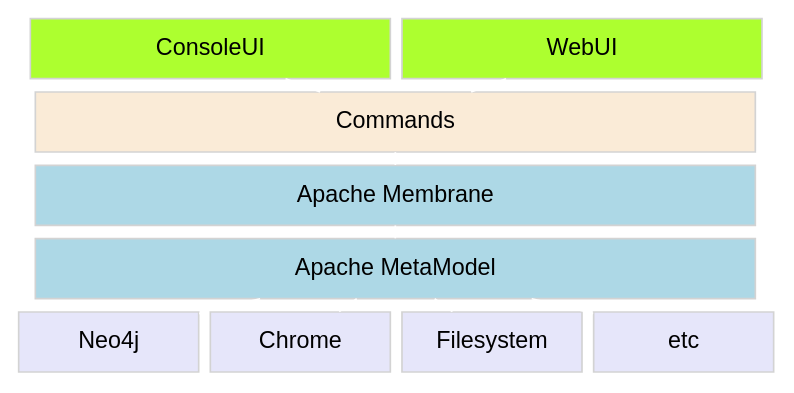
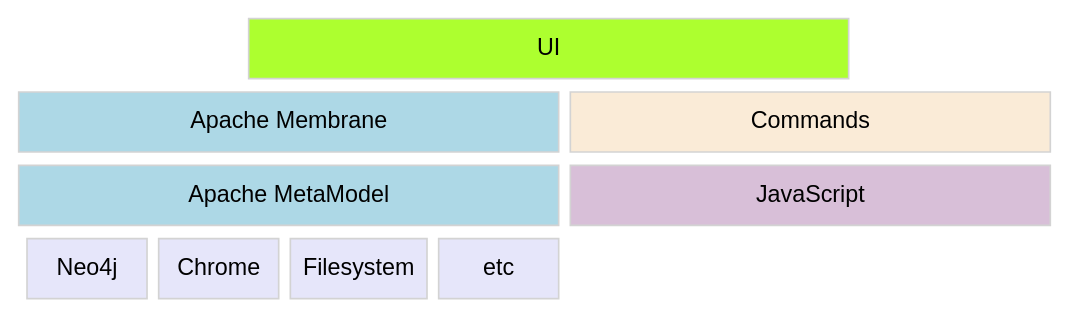
One commit to bburns/neomem changed the diagram in docs/layers.dot. Above: the diagram before and after it, drawn with Graphviz. The commit also changed 2 other files, not shown here.

```diff
--- a/docs/layers.dot
+++ b/docs/layers.dot
@@ -1,35 +1,41 @@
 graph layers {
 
+  //-------------------------------------------------------------------------
   // styles
+  //-------------------------------------------------------------------------
   rankdir=TB; // top to bottom
   nodesep=0.1;
   ranksep=0.1;
-  node [ shape=box, color=lightgray, fillcolor=lightblue, style=filled, fontname=Arial, width=6, height=0.5 ]; // default
-  edge [ color=white, fontcolor=white ]; // default
+  node [ shape=box, color=lightgray, fillcolor=lightblue, style=filled, fontname=Arial, width=6, height=0.5 ];
+  edge [ style=invis ];
 
+  //-------------------------------------------------------------------------
   // nodes
-  consoleui [ label="ConsoleUI", fillcolor=greenyellow, width=3 ];
-  webui [ label="WebUI", fillcolor=greenyellow, width=3 ];
-  commands [ label="Commands", fillcolor=antiquewhite ];
-  // cache [ label="Cache" ];
-  // sql [ label="?" ];
-  membrane [ label="Apache Membrane" ];
-  metamodel [ label="Apache MetaModel" ];
-  neo4j [ label="Neo4j", fillcolor=lavender, width=1.5 ];
-  bookmarks [ label="Chrome", fillcolor=lavender, width=1.5 ];
-  filesys [ label="Filesystem", fillcolor=lavender, width=1.5 ];
-  etc [ label="etc", fillcolor=lavender, width=1.5 ];
+  //-------------------------------------------------------------------------
+  ui [ label="UI", fillcolor=greenyellow, width=5 ];
+  membrane [ label="Apache Membrane", width=4.5 ];
+  metamodel [ label="Apache MetaModel", width=4.5 ];
+  neo4j [ label="Neo4j", fillcolor=lavender, width=1 ];
+  bookmarks [ label="Chrome", fillcolor=lavender, width=1 ];
+  filesys [ label="Filesystem", fillcolor=lavender, width=1 ];
+  etc [ label="etc", fillcolor=lavender, width=1 ];
+  commands [ label="Commands", fillcolor=antiquewhite, width=4 ];
+  language [ label="JavaScript", fillcolor=thistle, width=4 ];
 
+  //-------------------------------------------------------------------------
   // edges
-  consoleui -- commands;
-  webui -- commands;
-  // commands -- cache;
-  // cache -- sql;
-  // sql -- membrane;
-  commands -- membrane;
+  //-------------------------------------------------------------------------
+  ui -- commands;
+  commands -- language;
+  ui -- membrane;
   membrane -- metamodel;
   metamodel -- neo4j;
   metamodel -- bookmarks;
   metamodel -- filesys;
   metamodel -- etc;
+
+  //-------------------------------------------------------------------------
+  // ranks
+  //-------------------------------------------------------------------------
+  // { rank=same; };
 }
```
